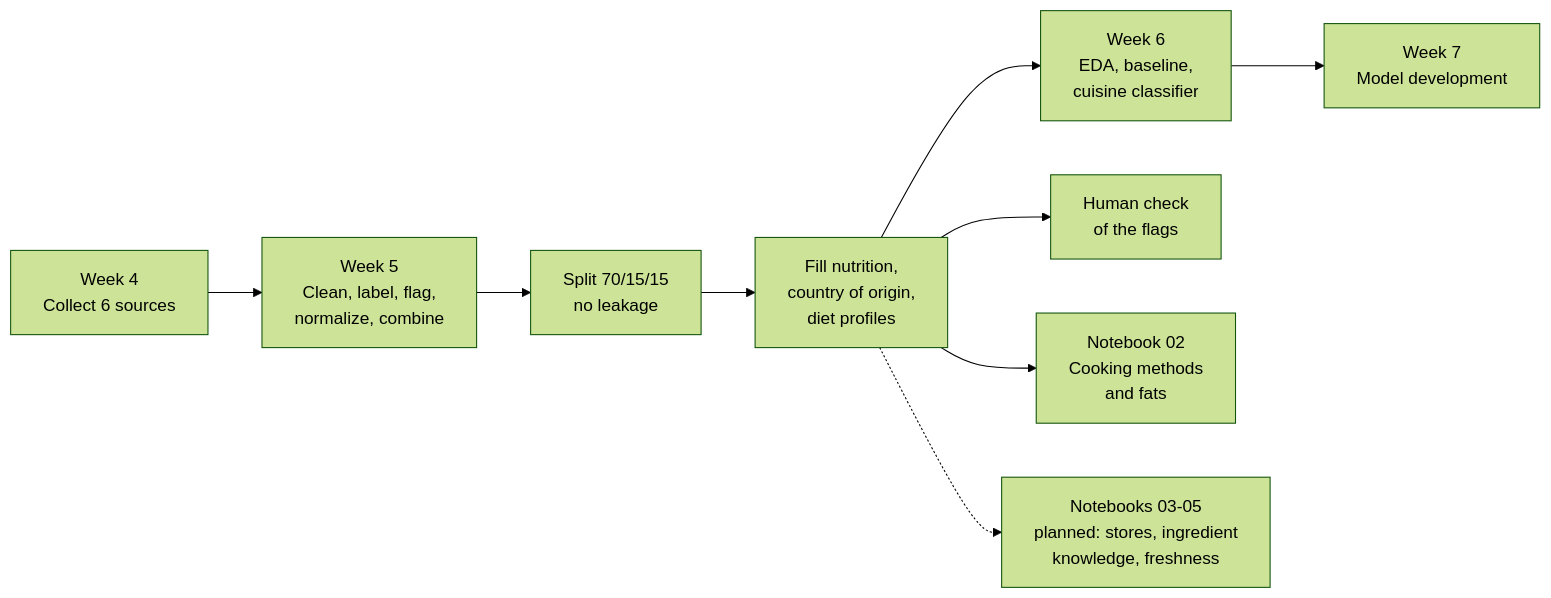
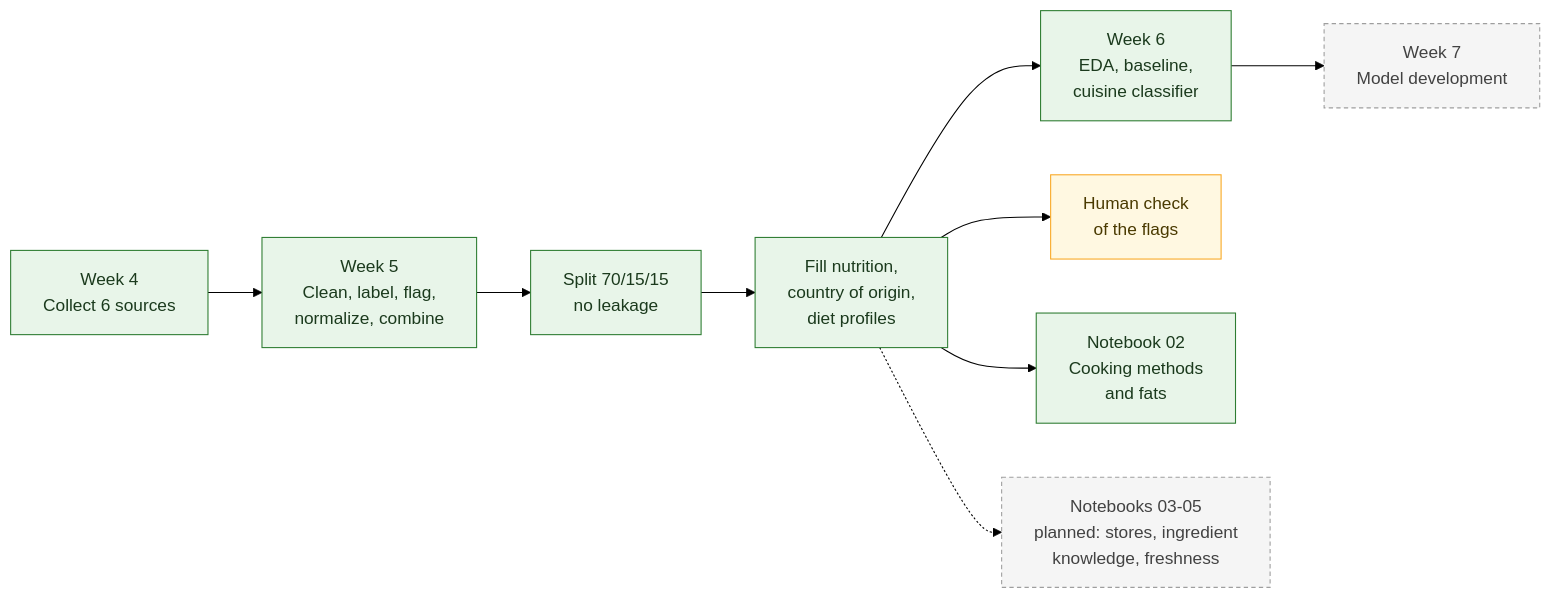
Before and after one commit to Chloe-Tu2/The-EverFlavor-AI: the second of 3 diagrams in README.md, drawn with Mermaid (forest theme). The commit also changed other lines of this file and 2 other files, not shown here.

First line of the commit message:
README: flag accuracy chart, review-loop diagram, color-coded diagrams

````diff
--- a/README.md
+++ b/README.md
@@ -160,11 +167,18 @@
 ```mermaid
 flowchart LR
     A[Week 4<br/>Collect 6 sources] --> B[Week 5<br/>Clean, label, flag,<br/>normalize, combine]
     B --> C[Split 70/15/15<br/>no leakage]
     C --> G[Fill nutrition,<br/>country of origin,<br/>diet profiles]
     G --> D[Week 6<br/>EDA, baseline,<br/>cuisine classifier]
     D --> E[Week 7<br/>Model development]
     G --> H[Human check<br/>of the flags]
     G --> F[Notebook 02<br/>Cooking methods<br/>and fats]
     G -.-> P[Notebooks 03-05<br/>planned: stores, ingredient<br/>knowledge, freshness]
+
+    classDef done fill:#E8F5E9,stroke:#2E7D32,color:#1B3A1D
+    classDef people fill:#FFF8E1,stroke:#F9A825,color:#4A3A00
+    classDef next fill:#F5F5F5,stroke:#9E9E9E,color:#424242,stroke-dasharray:4 3
+    class A,B,C,G,D,F done
+    class H people
+    class E,P next
 ```
````
